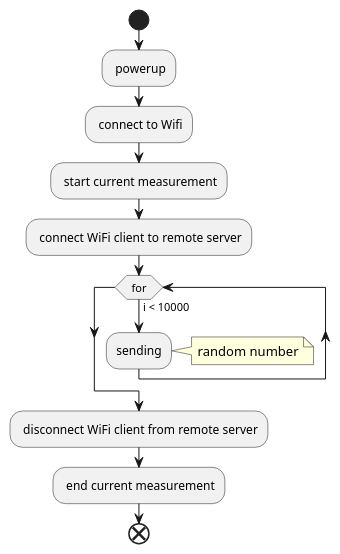
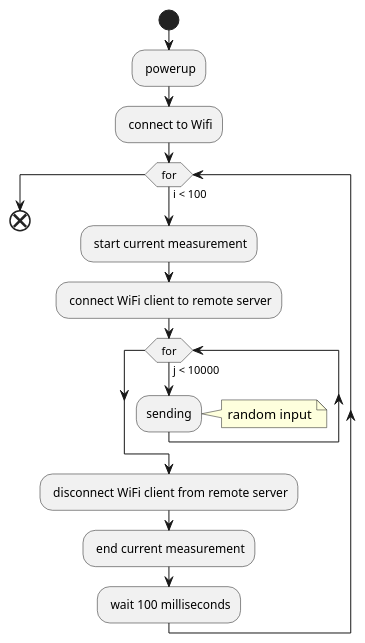
One commit to widmannthomas/dibse_integratives_gesamt_projekt changed the diagram in current_sensor/udp_tcp/tcp.wsd. Above: the diagram before and after it, drawn with PlantUML. The commit also changed 37 other files, not shown here.

```diff
--- a/current_sensor/udp_tcp/tcp.wsd
+++ b/current_sensor/udp_tcp/tcp.wsd
@@ -1,16 +1,19 @@
-@startuml
+@startuml tcp
 start
 : powerup;
 : connect to Wifi;
-: start current measurement;
-: connect WiFi client to remote server;
-while (for) is (i < 10000)
-    :sending;
-    note right
-        random number
-    end note
+while (for) is (i < 100)
+    : start current measurement;
+    : connect WiFi client to remote server;
+    while (for) is (j < 10000)
+        :sending;
+        note right
+            random input
+        end note
+    endwhile
+    : disconnect WiFi client from remote server;
+    : end current measurement;
+    : wait 100 milliseconds;
 endwhile
-: disconnect WiFi client from remote server;
-: end current measurement;
 end
 @enduml
```
